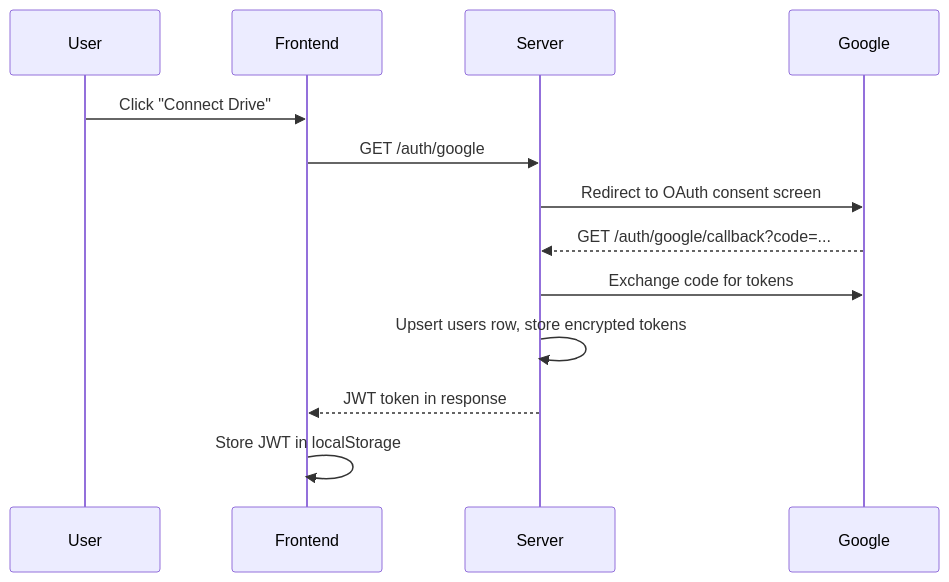
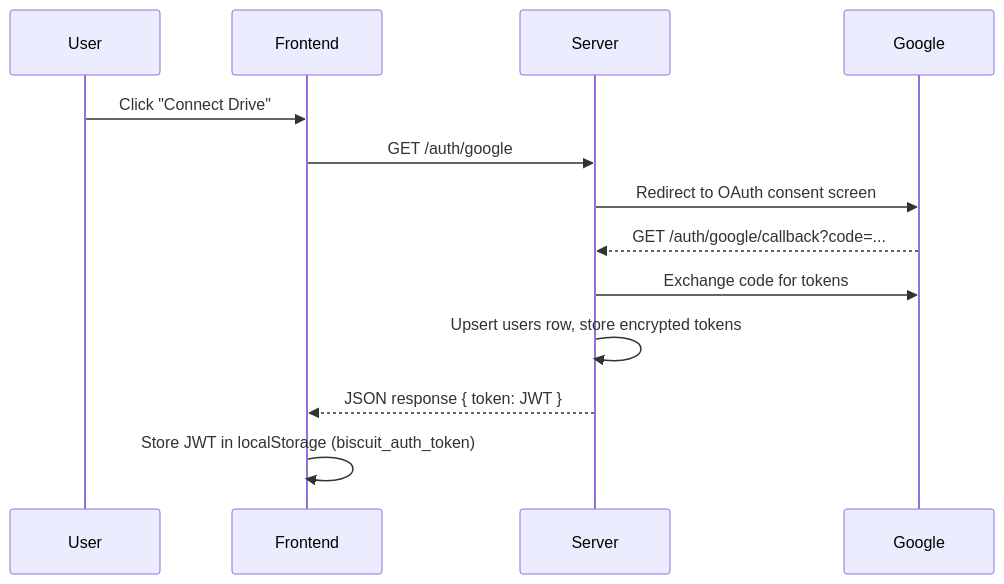
Before and after one commit to iBreakProd/biscuit: the third of 5 diagrams in README.md, drawn with Mermaid. The commit also changed other lines of this file, not shown here.

````diff
--- a/README.md
+++ b/README.md
@@ -287,16 +290,16 @@
 ```mermaid
 sequenceDiagram
     participant User
     participant Frontend
     participant Server
     participant Google
 
     User->>Frontend: Click "Connect Drive"
     Frontend->>Server: GET /auth/google
     Server->>Google: Redirect to OAuth consent screen
     Google-->>Server: GET /auth/google/callback?code=...
     Server->>Google: Exchange code for tokens
     Server->>Server: Upsert users row, store encrypted tokens
-    Server-->>Frontend: JWT token in response
-    Frontend->>Frontend: Store JWT in localStorage
+    Server-->>Frontend: JSON response { token: JWT }
+    Frontend->>Frontend: Store JWT in localStorage (biscuit_auth_token)
 ```
````
